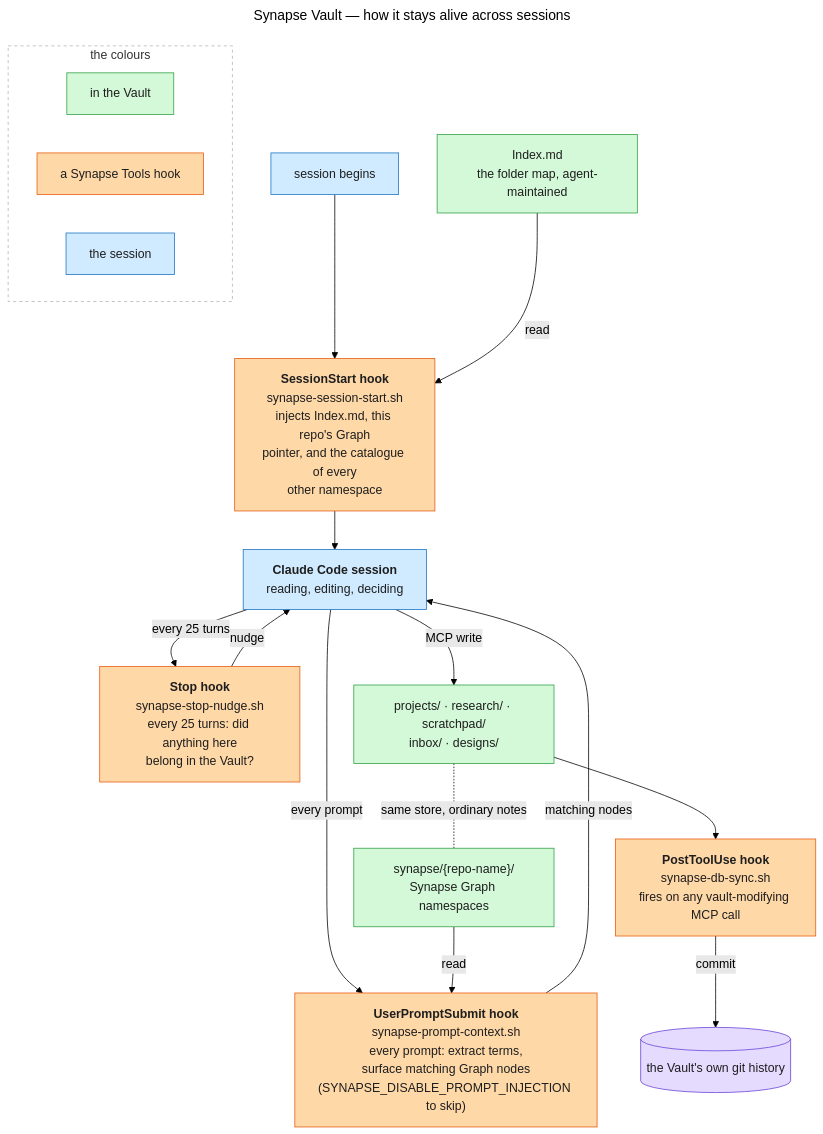
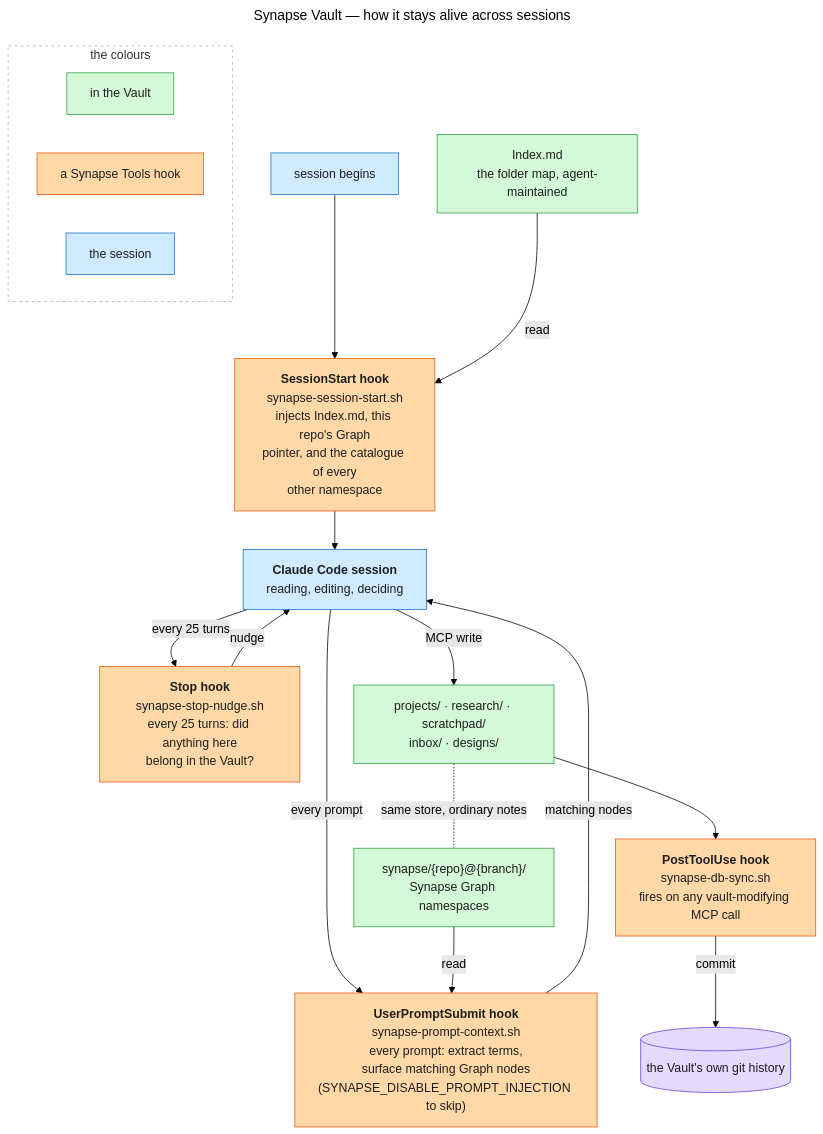
The diagram in docs/diagrams/synapse-vault-overview.mmd (imunitic/second-brain-setup), drawn with Mermaid (forest theme) before and after one commit. The commit also changed 15 other files, not shown here.

```diff
--- a/docs/diagrams/synapse-vault-overview.mmd
+++ b/docs/diagrams/synapse-vault-overview.mmd
@@ -1,55 +1,55 @@
 ---
 title: Synapse Vault — how it stays alive across sessions
 ---
 %% Kept deliberately flat: NO subgraph for the Vault. Mermaid drew its cluster box
 %% around the hooks and the session too, which reads as "these live inside the
 %% Vault" -- false. Colour carries membership instead, and edge labels are held
 %% to two or three words. Long labels on crossing edges land on top of boxes, and
 %% detail reads better inside a node than beside an arrow.
 flowchart TB
     classDef hook fill:#ffd8a8,stroke:#e8590c,color:#1e1e1e
     classDef vault fill:#d3f9d8,stroke:#2f9e44,color:#1e1e1e
     classDef session fill:#d0ebff,stroke:#1971c2,color:#1e1e1e
     classDef store fill:#e5dbff,stroke:#6741d9,color:#1e1e1e
 
     BEGIN["session begins"]
     H1["<b>SessionStart hook</b><br/>synapse-session-start.sh<br/>injects Index.md, this repo's Graph<br/>pointer, and the catalogue of every<br/>other namespace"]
     WORK["<b>Claude Code session</b><br/>reading, editing, deciding"]
     H2["<b>Stop hook</b><br/>synapse-stop-nudge.sh<br/>every 25 turns: did anything here<br/>belong in the Vault?"]
     H3["<b>PostToolUse hook</b><br/>synapse-db-sync.sh<br/>fires on any vault-modifying MCP call"]
     H4["<b>UserPromptSubmit hook</b><br/>synapse-prompt-context.sh<br/>every prompt: extract terms,<br/>surface matching Graph nodes<br/>(SYNAPSE_DISABLE_PROMPT_INJECTION to skip)"]
 
     IDX["Index.md<br/>the folder map, agent-maintained"]
     FOLDERS["projects/ · research/ · scratchpad/<br/>inbox/ · designs/"]
-    SYN["synapse/{repo-name}/<br/>Synapse Graph namespaces"]
+    SYN["synapse/{repo}@{branch}/<br/>Synapse Graph namespaces"]
     GIT[("the Vault's own git history")]
 
     BEGIN --> H1
     IDX -->|"read"| H1
     H1 --> WORK
     WORK -->|"every 25 turns"| H2
     H2 -->|"nudge"| WORK
     WORK -->|"every prompt"| H4
     SYN -->|"read"| H4
     H4 -->|"matching nodes"| WORK
     WORK -->|"MCP write"| FOLDERS
     FOLDERS --> H3
     H3 -->|"commit"| GIT
 
     class H1,H2,H3,H4 hook
     class IDX,FOLDERS,SYN vault
     class BEGIN,WORK session
     class GIT store
 
     FOLDERS -.-|"same store, ordinary notes"| SYN
 
     subgraph KEY["the colours"]
         direction LR
         K1["in the Vault"]
         K2["a Synapse Tools hook"]
         K3["the session"]
     end
     class K1 vault
     class K2 hook
     class K3 session
     style KEY fill:#ffffff,stroke:#adb5bd,stroke-dasharray:4 4
```
